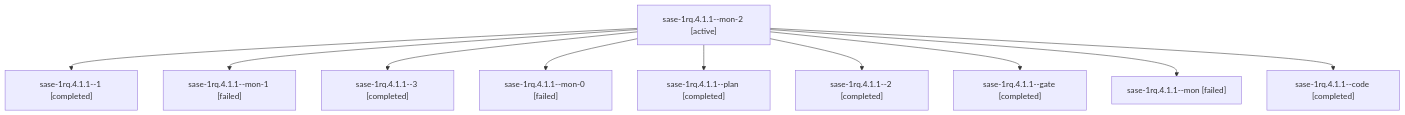
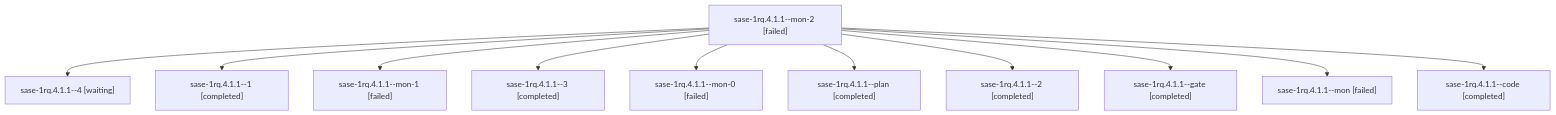
Before and after one commit to sase-org/sase--agents: the diagram in sessions/bbugyi200.athena.sase-1rq.4.1.1.md, drawn with Mermaid. The commit also changed other lines of this file and 121 other files, not shown here.

````diff
--- a/sessions/bbugyi200.athena.sase-1rq.4.1.1.md
+++ b/sessions/bbugyi200.athena.sase-1rq.4.1.1.md
@@ -9,22 +9,24 @@
 ```mermaid
 flowchart TD
-  n0["sase-1rq.4.1.1--mon-2 [active]"]
-  n1["sase-1rq.4.1.1--1 [completed]"]
+  n0["sase-1rq.4.1.1--mon-2 [failed]"]
+  n1["sase-1rq.4.1.1--4 [waiting]"]
   n0 --> n1
-  n2["sase-1rq.4.1.1--mon-1 [failed]"]
+  n2["sase-1rq.4.1.1--1 [completed]"]
   n0 --> n2
-  n3["sase-1rq.4.1.1--3 [completed]"]
+  n3["sase-1rq.4.1.1--mon-1 [failed]"]
   n0 --> n3
-  n4["sase-1rq.4.1.1--mon-0 [failed]"]
+  n4["sase-1rq.4.1.1--3 [completed]"]
   n0 --> n4
-  n5["sase-1rq.4.1.1--plan [completed]"]
+  n5["sase-1rq.4.1.1--mon-0 [failed]"]
   n0 --> n5
-  n6["sase-1rq.4.1.1--2 [completed]"]
+  n6["sase-1rq.4.1.1--plan [completed]"]
   n0 --> n6
-  n7["sase-1rq.4.1.1--gate [completed]"]
+  n7["sase-1rq.4.1.1--2 [completed]"]
   n0 --> n7
-  n8["sase-1rq.4.1.1--mon [failed]"]
+  n8["sase-1rq.4.1.1--gate [completed]"]
   n0 --> n8
-  n9["sase-1rq.4.1.1--code [completed]"]
+  n9["sase-1rq.4.1.1--mon [failed]"]
   n0 --> n9
+  n10["sase-1rq.4.1.1--code [completed]"]
+  n0 --> n10
 ```
````
